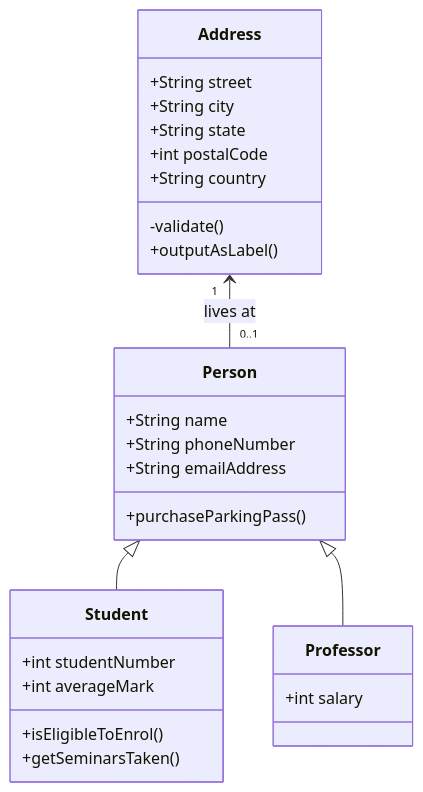
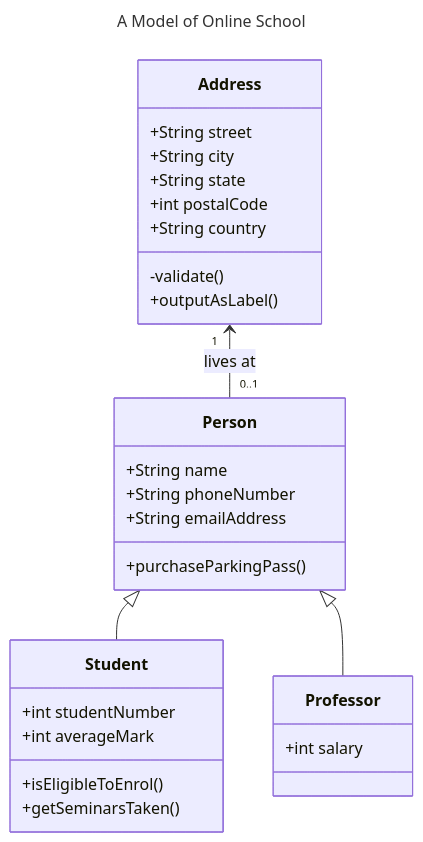
One commit to jcouball/notes changed the first of 8 diagrams in docs/mermaid.md. Above: the diagram before and after it, drawn with Mermaid. The commit also changed other lines of this file and 1 other file, not shown here.

Commit message:
Update Mermaid examples (#13)

````diff
--- a/docs/mermaid.md
+++ b/docs/mermaid.md
@@ -10,28 +13,32 @@
-``` mermaid
+```mermaid
+---
+title: A Model of Online School
+---
 classDiagram
+  title This is the Title
   Person <|-- Student
   Person <|-- Professor
   Person : +String name
   Person : +String phoneNumber
   Person : +String emailAddress
   Person: +purchaseParkingPass()
   Address "1" <-- "0..1" Person:lives at
   class Student{
     +int studentNumber
     +int averageMark
     +isEligibleToEnrol()
     +getSeminarsTaken()
   }
   class Professor{
     +int salary
   }
   class Address{
     +String street
     +String city
     +String state
     +int postalCode
     +String country
     -validate()
     +outputAsLabel()
   }
 ```
````
